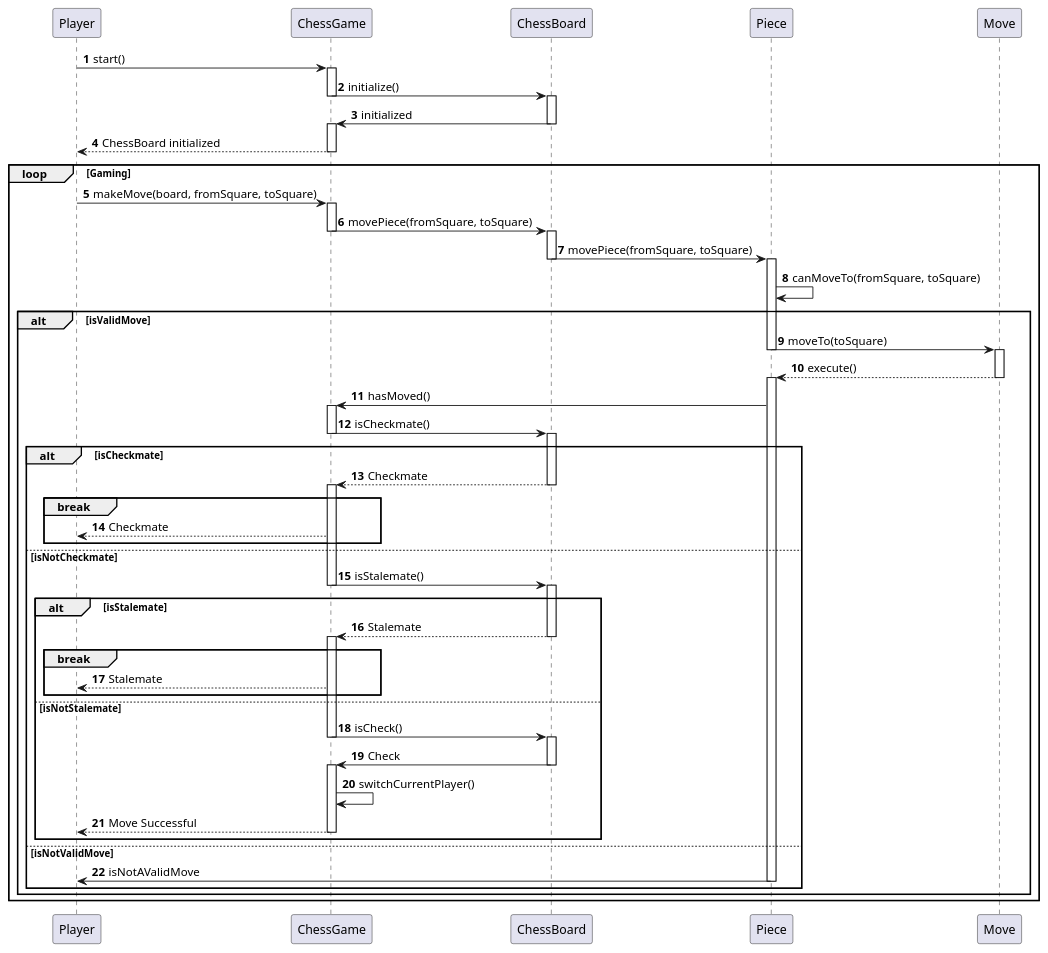
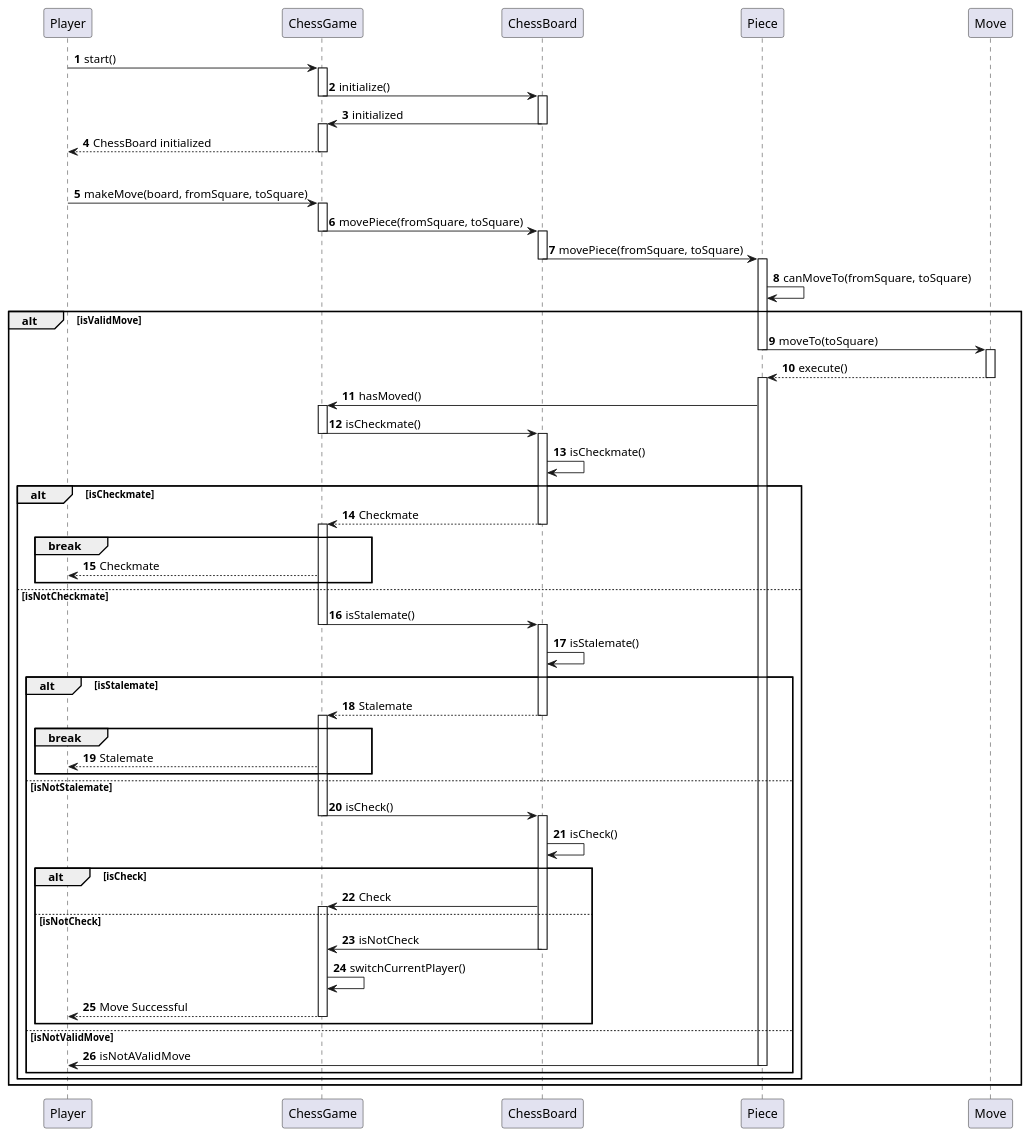
The diagram in Diagrama de Sequencia.wsd (rattinho/ChessGame_SoftwareProejct_Facul), drawn with PlantUML before and after one commit. The commit also changed 1 other file, not shown here.

```diff
--- a/Diagrama de Sequencia.wsd
+++ b/Diagrama de Sequencia.wsd
@@ -1,80 +1,86 @@
-@startuml
+@startuml seq
 
 participant Player
 participant ChessGame
 participant ChessBoard
 participant Piece
 participant Move
 
 autonumber
 
 Player -> ChessGame: start()
 activate ChessGame
 ChessGame -> ChessBoard: initialize()
 deactivate ChessGame
 activate ChessBoard
 ChessBoard -> ChessGame: initialized
 deactivate ChessBoard
 activate ChessGame
 ChessGame --> Player: ChessBoard initialized
 deactivate ChessGame
 
 loop Gaming
     Player -> ChessGame: makeMove(board, fromSquare, toSquare)
     activate ChessGame
     ChessGame -> ChessBoard: movePiece(fromSquare, toSquare)
     deactivate ChessGame
     activate ChessBoard
     ChessBoard -> Piece: movePiece(fromSquare, toSquare)
     deactivate ChessBoard
     activate Piece
     Piece -> Piece: canMoveTo(fromSquare, toSquare)
     alt isValidMove
         Piece -> Move: moveTo(toSquare)
         deactivate Piece
         activate Move
         Move --> Piece: execute()
         deactivate Move
         activate Piece
         Piece -> ChessGame: hasMoved()
         activate ChessGame
         ChessGame -> ChessBoard: isCheckmate()
         deactivate ChessGame
         activate ChessBoard
+        ChessBoard -> ChessBoard: isCheckmate()
         alt isCheckmate
             ChessBoard --> ChessGame: Checkmate
             deactivate ChessBoard
             activate ChessGame
             break
                 ChessGame --> Player: Checkmate
             end
         else isNotCheckmate
             ChessGame -> ChessBoard: isStalemate()
             deactivate ChessGame
             activate ChessBoard
+            ChessBoard -> ChessBoard: isStalemate()
             alt isStalemate
                 ChessBoard --> ChessGame: Stalemate
                 deactivate ChessBoard
                 activate ChessGame
                 break
                     ChessGame --> Player: Stalemate
                 end
             else isNotStalemate
                 ChessGame -> ChessBoard: isCheck()
                 deactivate ChessGame
                 activate ChessBoard
-                ChessBoard -> ChessGame: Check
-                deactivate ChessBoard
-                activate ChessGame
-                ChessGame -> ChessGame: switchCurrentPlayer()
-                ChessGame --> Player: Move Successful
-                deactivate ChessGame
+                ChessBoard -> ChessBoard: isCheck()
+                alt isCheck
+                    ChessBoard -> ChessGame: Check
+                else isNotCheck
+                    activate ChessGame
+                    ChessBoard -> ChessGame: isNotCheck
+                    deactivate ChessBoard
+                    ChessGame -> ChessGame: switchCurrentPlayer()
+                    ChessGame --> Player: Move Successful
+                    deactivate ChessGame
+                end
+            else isNotValidMove
+                Piece -> Player: isNotAValidMove
+                deactivate Piece
             end
-        else isNotValidMove
-            Piece -> Player: isNotAValidMove
-            deactivate Piece
+            deactivate ChessGame
         end
-        deactivate ChessGame
     end
-end
-@enduml
+    @enduml
```
